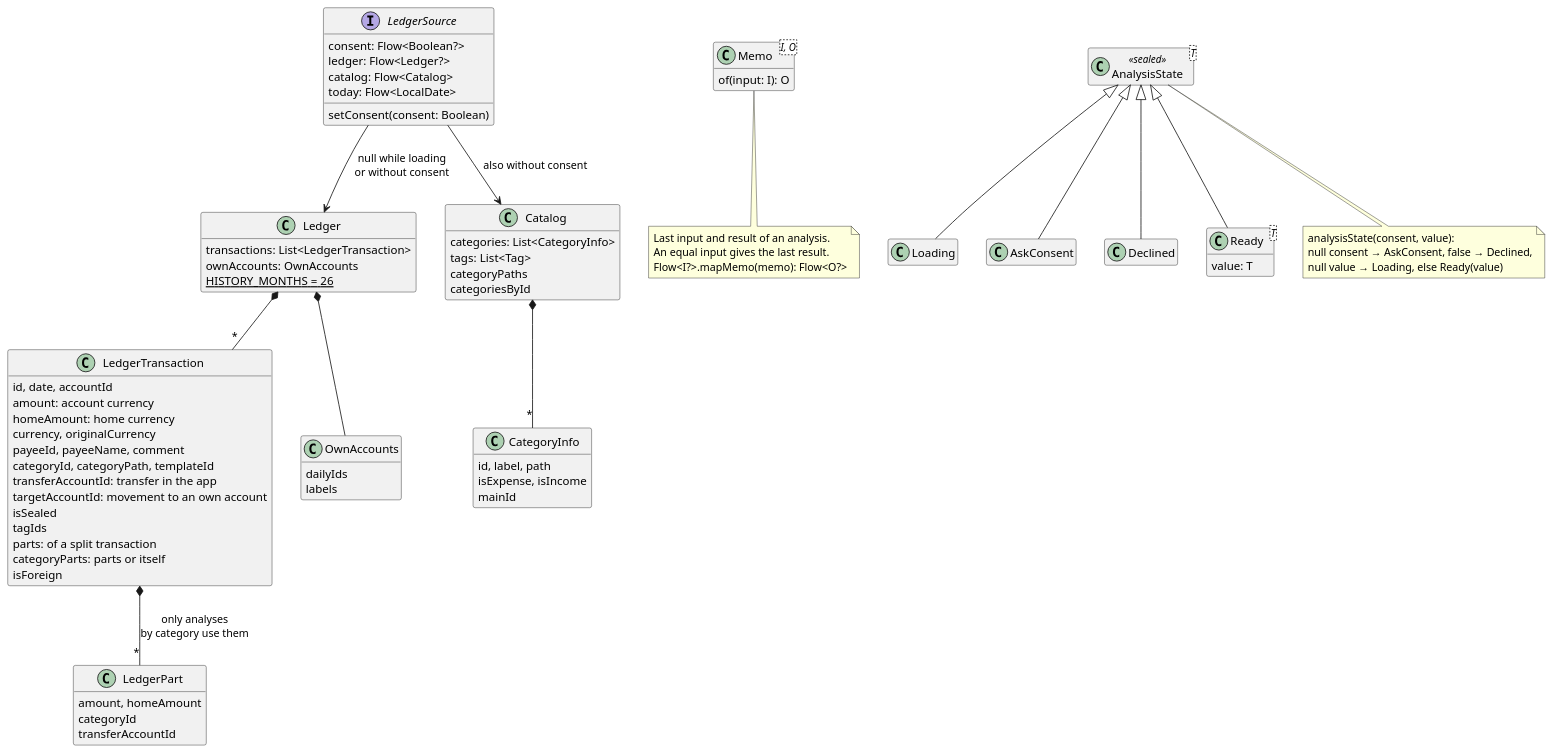
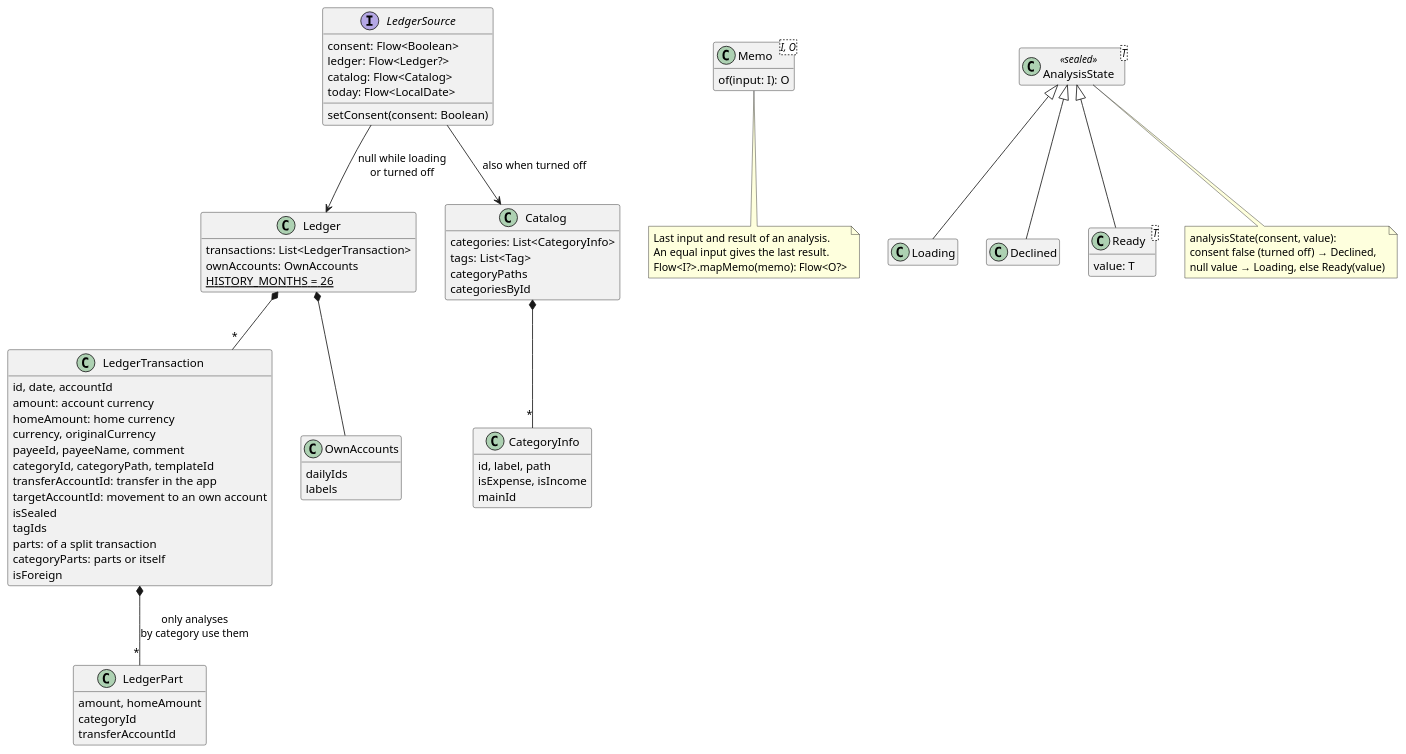
One commit to castn/MyExpenses changed the diagram in next/core/model/src/main/java/org/totschnig/myexpenses/next/core/model/ledger/model.puml. Above: the diagram before and after it, drawn with PlantUML. The commit also changed 22 other files, not shown here.

```diff
--- a/next/core/model/src/main/java/org/totschnig/myexpenses/next/core/model/ledger/model.puml
+++ b/next/core/model/src/main/java/org/totschnig/myexpenses/next/core/model/ledger/model.puml
@@ -1,98 +1,96 @@
 @startuml model
 ' The types of the ledger package that all features share, see README.md in this package.
 
 skinparam shadowing false
 skinparam defaultFontName sans-serif
 hide empty members
 
 interface LedgerSource {
-  consent: Flow<Boolean?>
+  consent: Flow<Boolean>
   ledger: Flow<Ledger?>
   catalog: Flow<Catalog>
   today: Flow<LocalDate>
   setConsent(consent: Boolean)
 }
 
 class Ledger {
   transactions: List<LedgerTransaction>
   ownAccounts: OwnAccounts
   {static} HISTORY_MONTHS = 26
 }
 
 class LedgerTransaction {
   id, date, accountId
   amount: account currency
   homeAmount: home currency
   currency, originalCurrency
   payeeId, payeeName, comment
   categoryId, categoryPath, templateId
   transferAccountId: transfer in the app
   targetAccountId: movement to an own account
   isSealed
   tagIds
   parts: of a split transaction
   categoryParts: parts or itself
   isForeign
 }
 
 class LedgerPart {
   amount, homeAmount
   categoryId
   transferAccountId
 }
 
 class OwnAccounts {
   dailyIds
   labels
 }
 
 class Catalog {
   categories: List<CategoryInfo>
   tags: List<Tag>
   categoryPaths
   categoriesById
 }
 
 class CategoryInfo {
   id, label, path
   isExpense, isIncome
   mainId
 }
 
 class "Memo<I, O>" as Memo {
   of(input: I): O
 }
 
 class "AnalysisState<T>" as AnalysisState <<sealed>>
 class Loading
-class AskConsent
 class Declined
 class "Ready<T>" as Ready {
   value: T
 }
 
-LedgerSource --> Ledger : null while loading\nor without consent
-LedgerSource --> Catalog : also without consent
+LedgerSource --> Ledger : null while loading\nor turned off
+LedgerSource --> Catalog : also when turned off
 Ledger *-- "*" LedgerTransaction
 Ledger *-- OwnAccounts
 LedgerTransaction *-- "*" LedgerPart : only analyses\nby category use them
 Catalog *-- "*" CategoryInfo
 
 AnalysisState <|-- Loading
-AnalysisState <|-- AskConsent
 AnalysisState <|-- Declined
 AnalysisState <|-- Ready
 
 note bottom of Memo
   Last input and result of an analysis.
   An equal input gives the last result.
   Flow<I?>.mapMemo(memo): Flow<O?>
 end note
 
 note bottom of AnalysisState
   analysisState(consent, value):
-  null consent → AskConsent, false → Declined,
+  consent false (turned off) → Declined,
   null value → Loading, else Ready(value)
 end note
 
 @enduml
```
